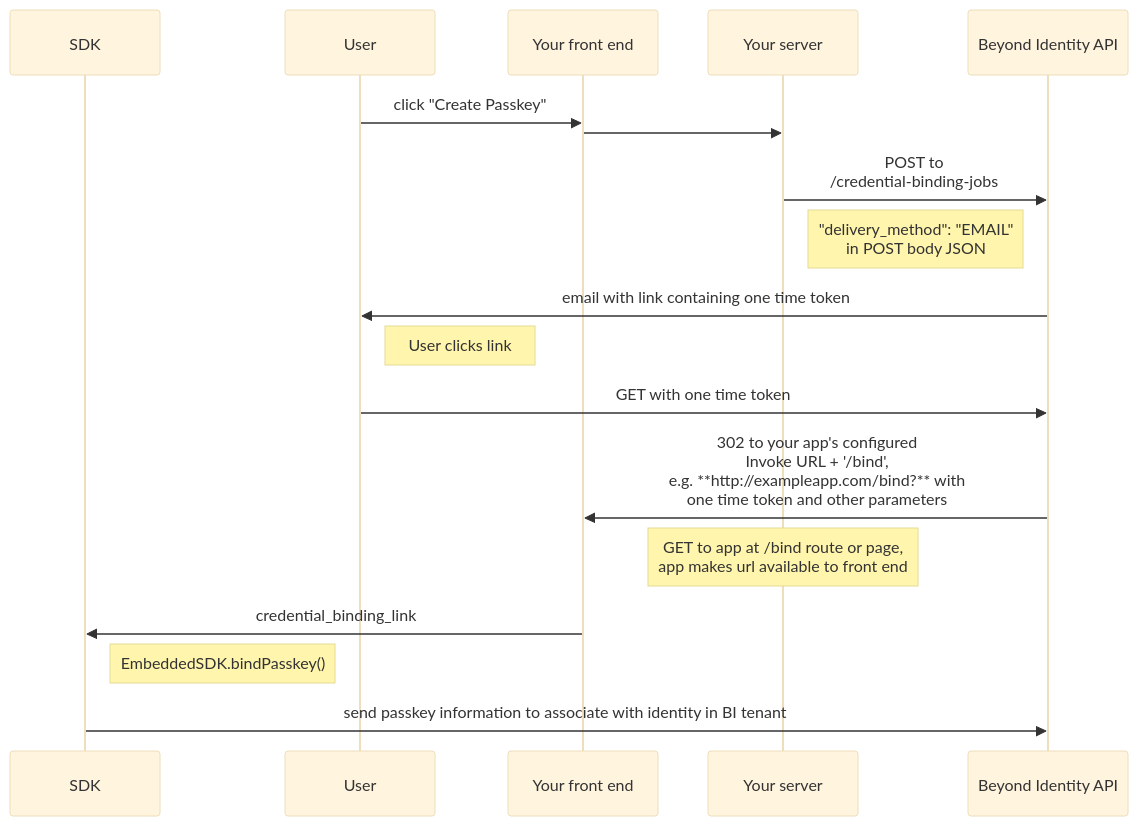
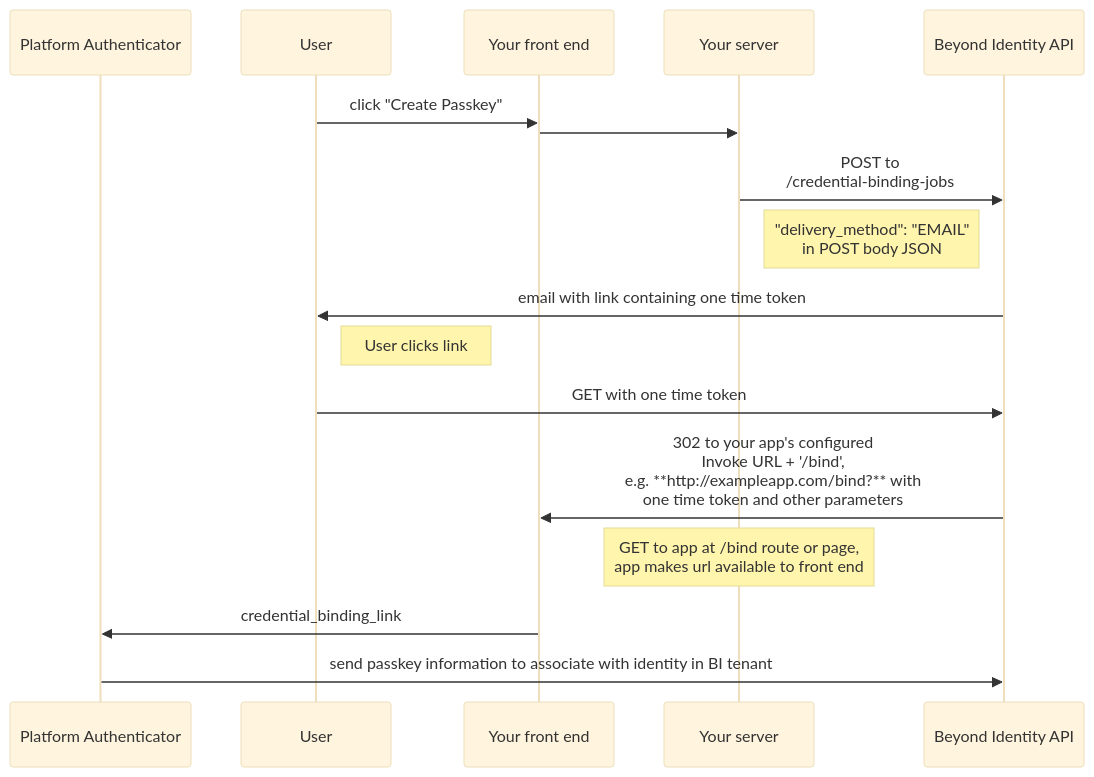
The diagram in docs/includes/_bind-delivery-method-email-diagram.mdx (gobeyondidentity/customer-docs), drawn with Mermaid (base theme) before and after one commit. The commit also changed 4 other files, not shown here.

````diff
--- a/docs/includes/_bind-delivery-method-email-diagram.mdx
+++ b/docs/includes/_bind-delivery-method-email-diagram.mdx
@@ -1,20 +1,19 @@
 ```mermaid
 sequenceDiagram
-    participant SDK
+    participant Platform Authenticator
     participant User
     participant Your front end
     participant Your server
     participant Beyond Identity API 
     User ->> Your front end: click "Create Passkey"
     Your front end ->> Your server: 
     Your server ->> Beyond Identity API: POST to <br/>/credential-binding-jobs
     Note Right of Your server: "delivery_method": "EMAIL"<br/> in POST body JSON
     Beyond Identity API ->> User: email with link containing one time token
     Note Right of User: User clicks link
     User ->> Beyond Identity API: GET with one time token
     Beyond Identity API ->> Your front end: 302 to your app's configured<br/> Invoke URL + '/bind',<br/> e.g. **http://exampleapp.com/bind?** with<br/> one time token and other parameters
     Note Over Your server: GET to app at /bind route or page,<br/> app makes url available to front end
-    Your front end ->> SDK: credential_binding_link
-    Note Right of SDK: EmbeddedSDK.bindPasskey()
-    SDK ->> Beyond Identity API: send passkey information to associate with identity in BI tenant
+    Your front end ->> Platform Authenticator: credential_binding_link
+    Platform Authenticator ->> Beyond Identity API: send passkey information to associate with identity in BI tenant
 ```
````
